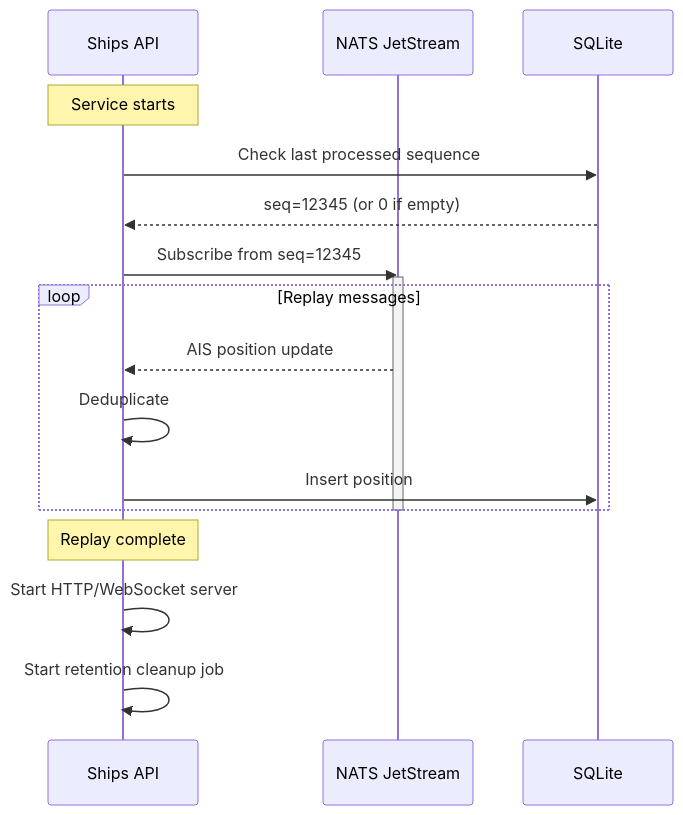
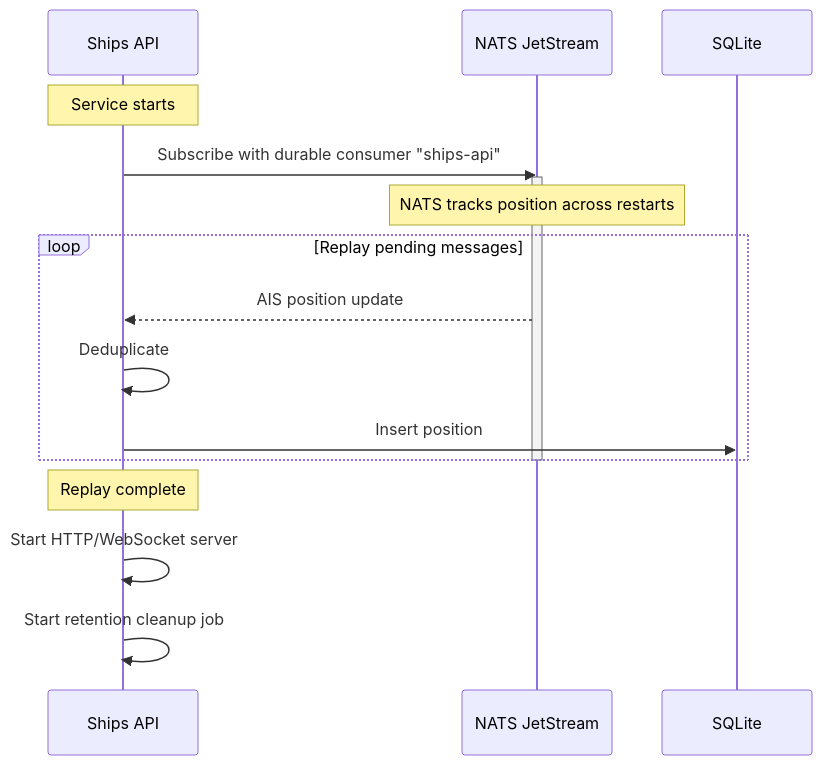
One commit to jomcgi/homelab changed the second of 3 diagrams in projects/ships/backend/README.md. Above: the diagram before and after it, drawn with Mermaid. The commit also changed other lines of this file, not shown here.

Commit message:
docs(ships): fix README inaccuracies
- Fix cleanup interval: 24 hours → 1 hour (matches asyncio.sleep(3600))
- Fix startup sequence diagram: replace DB sequence-check with NATS
  durable consumer (NATS tracks position across restarts)
- Fix AIS ingest description: SDR → AISStream.io WebSocket API
- Fix ETA format examples: "01-15 18:00" → ISO 8601 "2026-01-15T18:00:00Z"

````diff
--- a/projects/ships/backend/README.md
+++ b/projects/ships/backend/README.md
@@ -29,21 +29,20 @@
 ```mermaid
 sequenceDiagram
     participant API as Ships API
     participant NATS as NATS JetStream
     participant DB as SQLite
 
     Note over API: Service starts
-    API->>DB: Check last processed sequence
-    DB-->>API: seq=12345 (or 0 if empty)
-    API->>NATS: Subscribe from seq=12345
+    API->>NATS: Subscribe with durable consumer "ships-api"
     activate NATS
-    loop Replay messages
+    Note over NATS: NATS tracks position across restarts
+    loop Replay pending messages
         NATS-->>API: AIS position update
         API->>API: Deduplicate
         API->>DB: Insert position
     end
     deactivate NATS
     Note over API: Replay complete
     API->>API: Start HTTP/WebSocket server
     API->>API: Start retention cleanup job
 ```
````
